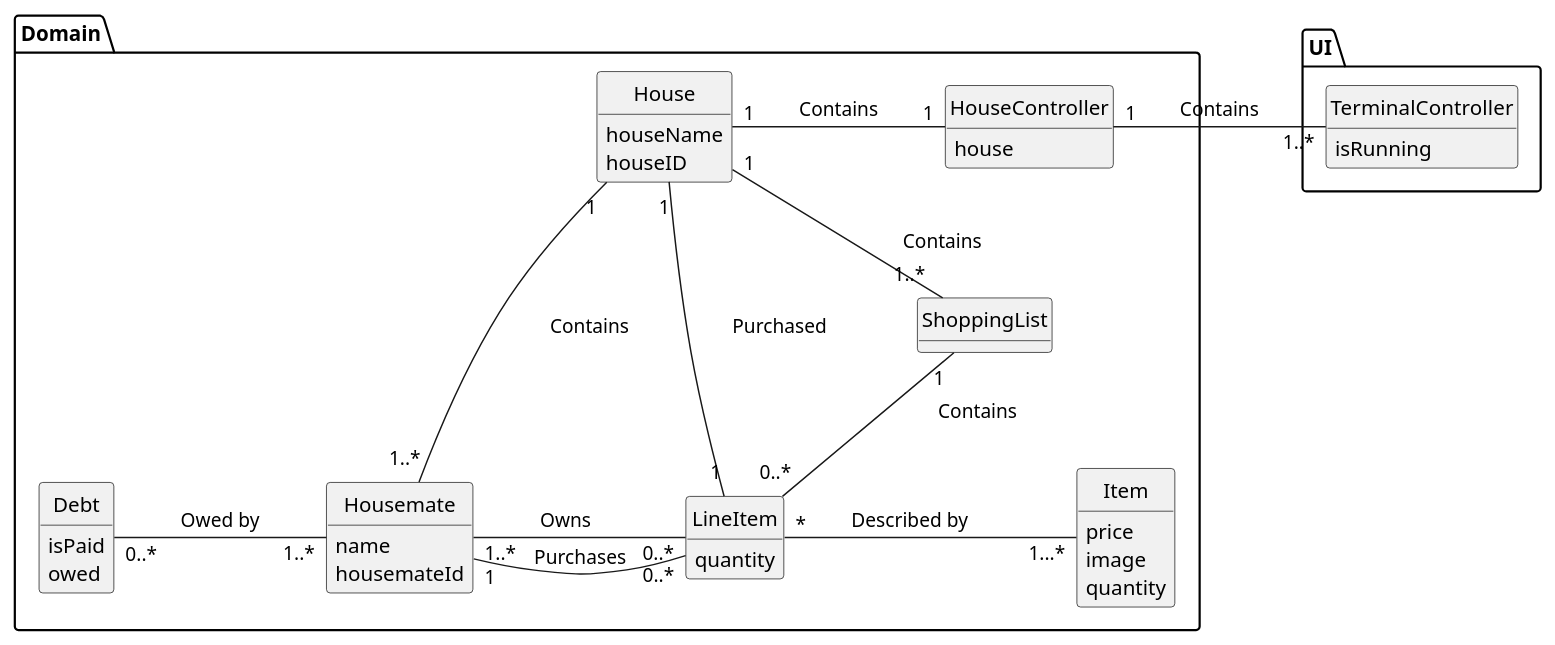
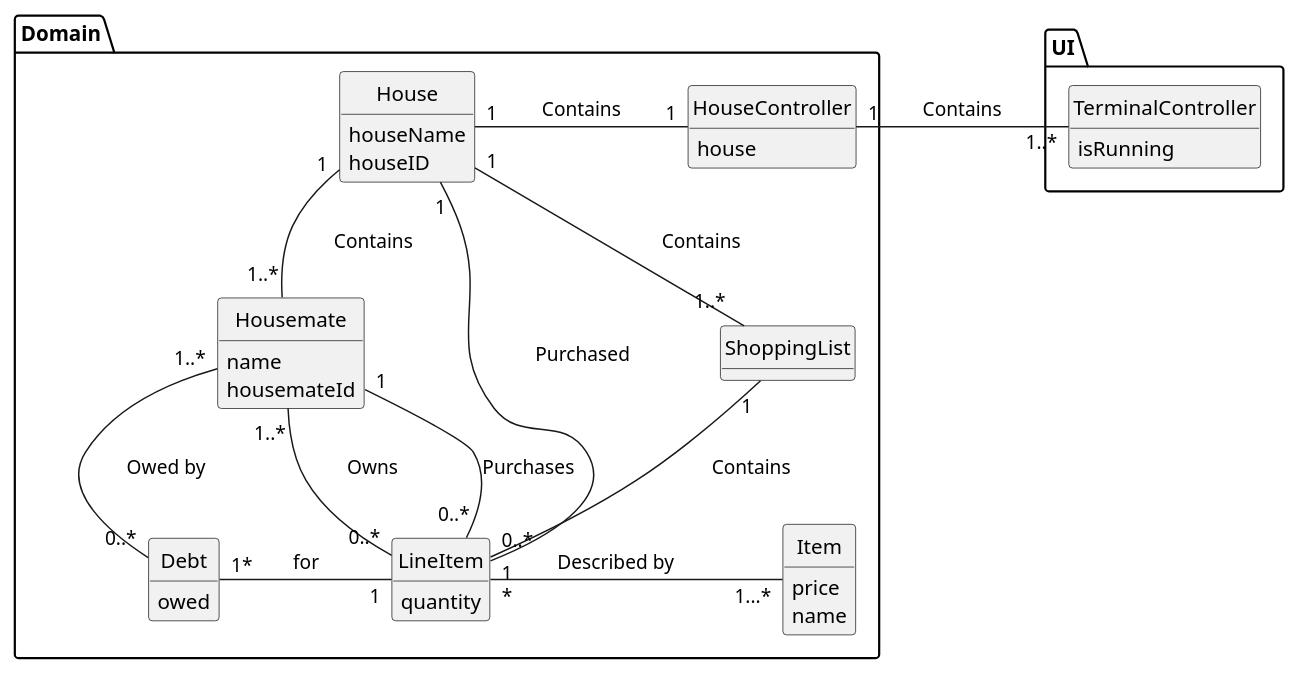
The first of 4 diagrams in doc/design.md (willemnielsen/House-App), drawn with PlantUML before and after one commit.

Commit message:
updated domain model to be more accurate

````diff
--- a/doc/design.md
+++ b/doc/design.md
@@ -2,57 +2,56 @@
 ```plantuml
 @startuml
 hide circle
 hide empty methods
 
 class UI.TerminalController{
     isRunning
 }
 
 class Domain.HouseController{
     house
 }
 
 class Domain.House{
     houseName
     houseID
 }
 class Domain.ShoppingList{ 
 }
 class Domain.LineItem{
     quantity
 }
 
 class Domain.Item{
     price
-    image
-    quantity
+    name
 }
 
 class Domain.Debt{
-    isPaid
     owed
 }
 
 
 class Domain.Housemate{   
     name
     housemateId
 }
 
 ' associations
 Domain.HouseController "1" - "1..*" UI.TerminalController : \tContains\t\t
 Domain.House "1" - "1" Domain.HouseController : \tContains\t\t
 Domain.House "1" -- "1..*" Domain.Housemate : \tContains\t\t
 Domain.House "1" -- "1..*" Domain.ShoppingList : \tContains\t\t
 Domain.House "1" -- "1" Domain.LineItem : \tPurchased\t\t
 Domain.Housemate "1..*" - "0..*" Domain.LineItem : \tOwns\t\t
 Domain.ShoppingList "1" -- "0..*" Domain.LineItem : \tContains\t\t
 Domain.LineItem "*" - "1...*" Domain.Item : \tDescribed by \t\t
-Domain.Housemate "1..*" -left- "0..*" Domain.Debt : \tOwed by\t\t
+Domain.Housemate "1..*" -down- "0..*" Domain.Debt : \tOwed by\t\t
+Domain.Debt "1*" -right- "1" Domain.LineItem : for
 Domain.Housemate "1" - "0..*" Domain.LineItem : Purchases
 @enduml
 
 
 
 
 ```
````
